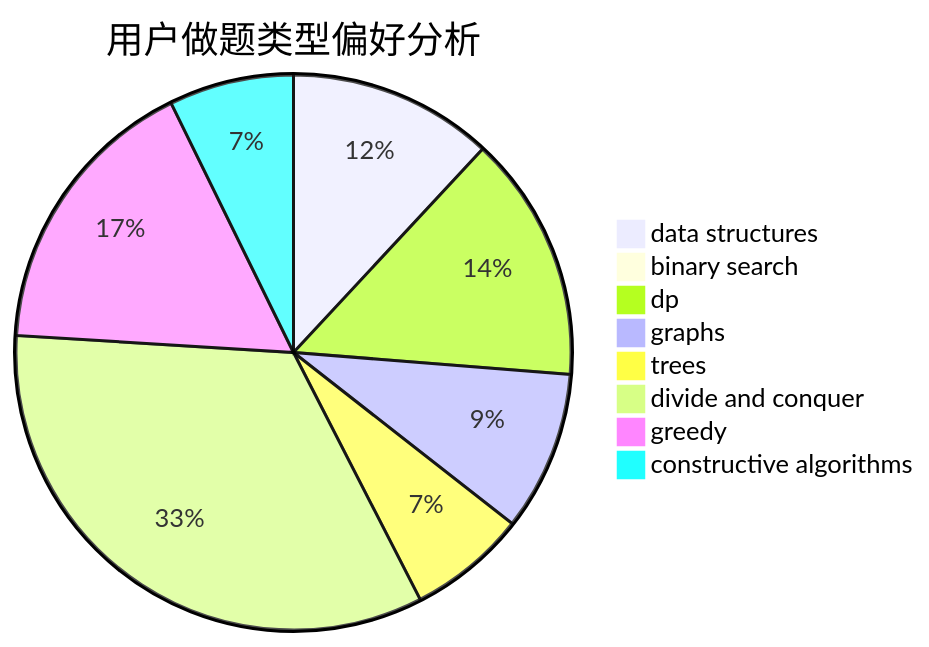
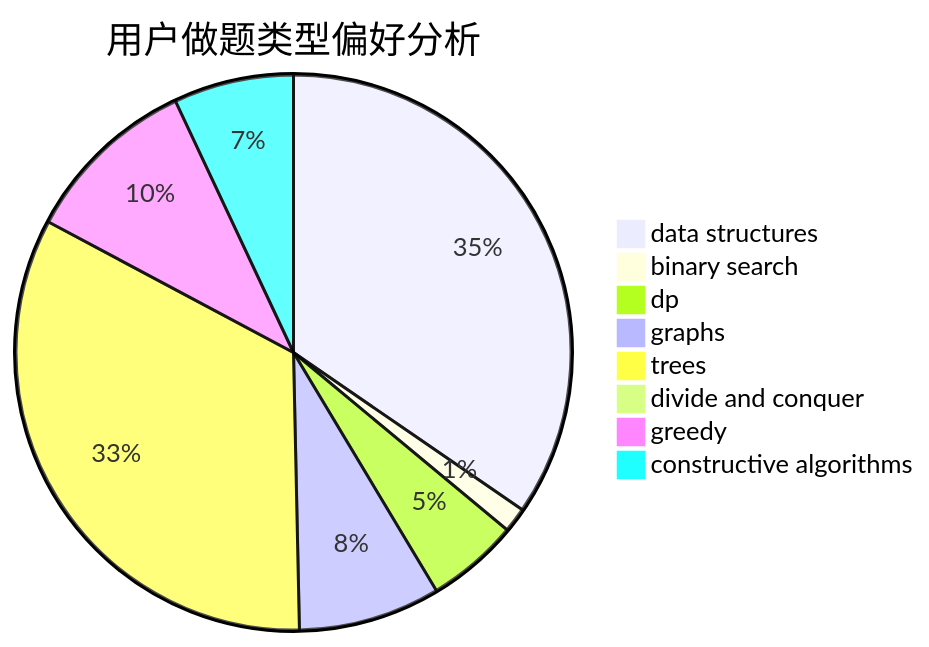
The second of 3 diagrams in docs/user/u1105.md (sherpahu/cfrs.github.io), drawn with Mermaid before and after one commit. The commit also changed other lines of this file and 2770 other files, not shown here.

````diff
--- a/docs/user/u1105.md
+++ b/docs/user/u1105.md
@@ -23,11 +23,11 @@
 ```mermaid
 pie title 用户做题类型偏好分析
-    "data structures" :  64
-    "binary search" :  1
-    "dp" :  77
-    "graphs" :  50
-    "trees" :  37
-    "divide and conquer" :  180
-    "greedy" :  90
-    "constructive algorithms" :  39
+    "data structures" :  406
+    "binary search" :  17
+    "dp" :  63
+    "graphs" :  97
+    "trees" :  389
+    "divide and conquer" :  0
+    "greedy" :  120
+    "constructive algorithms" :  82
 ```
````
